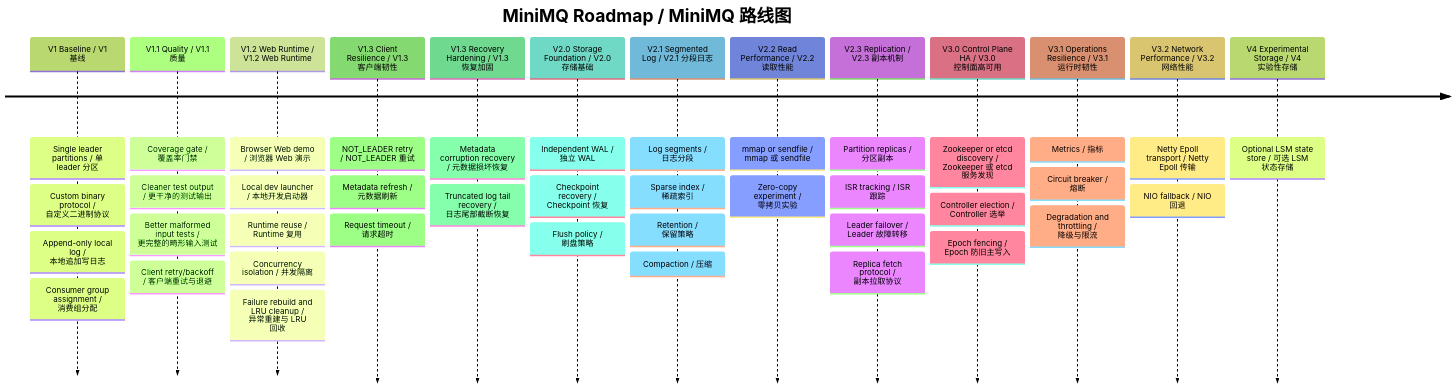
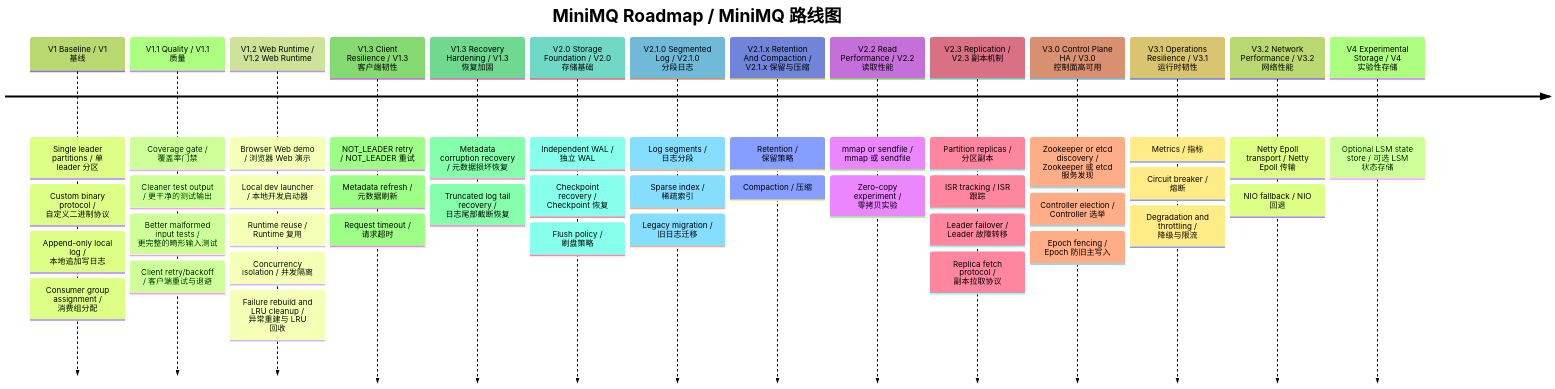
Before and after one commit to wxw121/miniMQ: the first of 3 diagrams in docs/roadmap.md, drawn with Mermaid (forest theme). The commit also changed other lines of this file and 15 other files, not shown here.

````diff
--- a/docs/roadmap.md
+++ b/docs/roadmap.md
@@ -37,44 +39,45 @@
 ```mermaid
 timeline
     title MiniMQ Roadmap / MiniMQ 路线图
     V1 Baseline / V1 基线 : Single leader partitions / 单 leader 分区
                            : Custom binary protocol / 自定义二进制协议
                            : Append-only local log / 本地追加写日志
                            : Consumer group assignment / 消费组分配
     V1.1 Quality / V1.1 质量 : Coverage gate / 覆盖率门禁
                              : Cleaner test output / 更干净的测试输出
                              : Better malformed input tests / 更完整的畸形输入测试
                              : Client retry/backoff / 客户端重试与退避
     V1.2 Web Runtime / V1.2 Web Runtime : Browser Web demo / 浏览器 Web 演示
                                          : Local dev launcher / 本地开发启动器
                                          : Runtime reuse / Runtime 复用
                                          : Concurrency isolation / 并发隔离
                                          : Failure rebuild and LRU cleanup / 异常重建与 LRU 回收
     V1.3 Client Resilience / V1.3 客户端韧性 : NOT_LEADER retry / NOT_LEADER 重试
                                              : Metadata refresh / 元数据刷新
                                              : Request timeout / 请求超时
     V1.3 Recovery Hardening / V1.3 恢复加固 : Metadata corruption recovery / 元数据损坏恢复
                                              : Truncated log tail recovery / 日志尾部截断恢复
     V2.0 Storage Foundation / V2.0 存储基础 : Independent WAL / 独立 WAL
                                              : Checkpoint recovery / Checkpoint 恢复
                                              : Flush policy / 刷盘策略
-    V2.1 Segmented Log / V2.1 分段日志 : Log segments / 日志分段
-                                       : Sparse index / 稀疏索引
-                                       : Retention / 保留策略
-                                       : Compaction / 压缩
+    V2.1.0 Segmented Log / V2.1.0 分段日志 : Log segments / 日志分段
+                                           : Sparse index / 稀疏索引
+                                           : Legacy migration / 旧日志迁移
+    V2.1.x Retention And Compaction / V2.1.x 保留与压缩 : Retention / 保留策略
+                                                       : Compaction / 压缩
     V2.2 Read Performance / V2.2 读取性能 : mmap or sendfile / mmap 或 sendfile
                                            : Zero-copy experiment / 零拷贝实验
     V2.3 Replication / V2.3 副本机制 : Partition replicas / 分区副本
                                       : ISR tracking / ISR 跟踪
                                       : Leader failover / Leader 故障转移
                                       : Replica fetch protocol / 副本拉取协议
     V3.0 Control Plane HA / V3.0 控制面高可用 : Zookeeper or etcd discovery / Zookeeper 或 etcd 服务发现
                                                 : Controller election / Controller 选举
                                                 : Epoch fencing / Epoch 防旧主写入
     V3.1 Operations Resilience / V3.1 运行时韧性 : Metrics / 指标
                                                   : Circuit breaker / 熔断
                                                   : Degradation and throttling / 降级与限流
     V3.2 Network Performance / V3.2 网络性能 : Netty Epoll transport / Netty Epoll 传输
                                               : NIO fallback / NIO 回退
     V4 Experimental Storage / V4 实验性存储 : Optional LSM state store / 可选 LSM 状态存储
 ```
````
